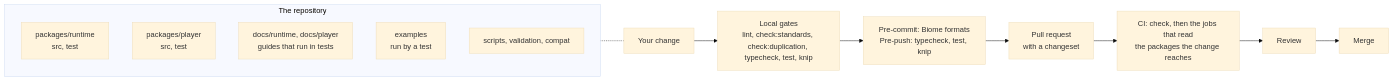
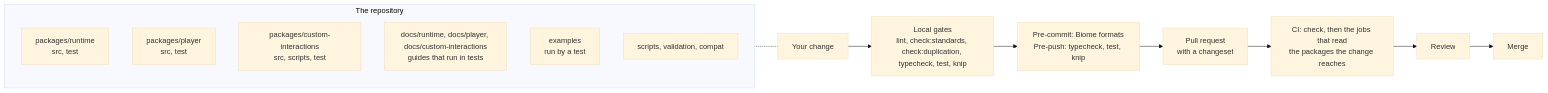
Before and after one commit to assesskit/assesskit: the diagram in CONTRIBUTING.md, drawn with Mermaid (base theme). The commit also changed 52 other files, not shown here.

````diff
--- a/CONTRIBUTING.md
+++ b/CONTRIBUTING.md
@@ -6,17 +6,18 @@
 ```mermaid
 flowchart LR
   subgraph repo["The repository"]
     runtime["packages/runtime<br/>src, test"]
     player["packages/player<br/>src, test"]
-    docs["docs/runtime, docs/player<br/>guides that run in tests"]
+    interactions["packages/custom-interactions<br/>src, scripts, test"]
+    docs["docs/runtime, docs/player, docs/custom-interactions<br/>guides that run in tests"]
     examples["examples<br/>run by a test"]
     tooling["scripts, validation, compat"]
   end
   change["Your change"] --> local["Local gates<br/>lint, check:standards, check:duplication, typecheck, test, knip"]
   local --> hooks["Pre-commit: Biome formats<br/>Pre-push: typecheck, test, knip"]
   hooks --> pr["Pull request<br/>with a changeset"]
   pr --> ci["CI: check, then the jobs that read<br/>the packages the change reaches"]
   ci --> review["Review"]
   review --> merge["Merge"]
   repo -.- change
 ```
````
